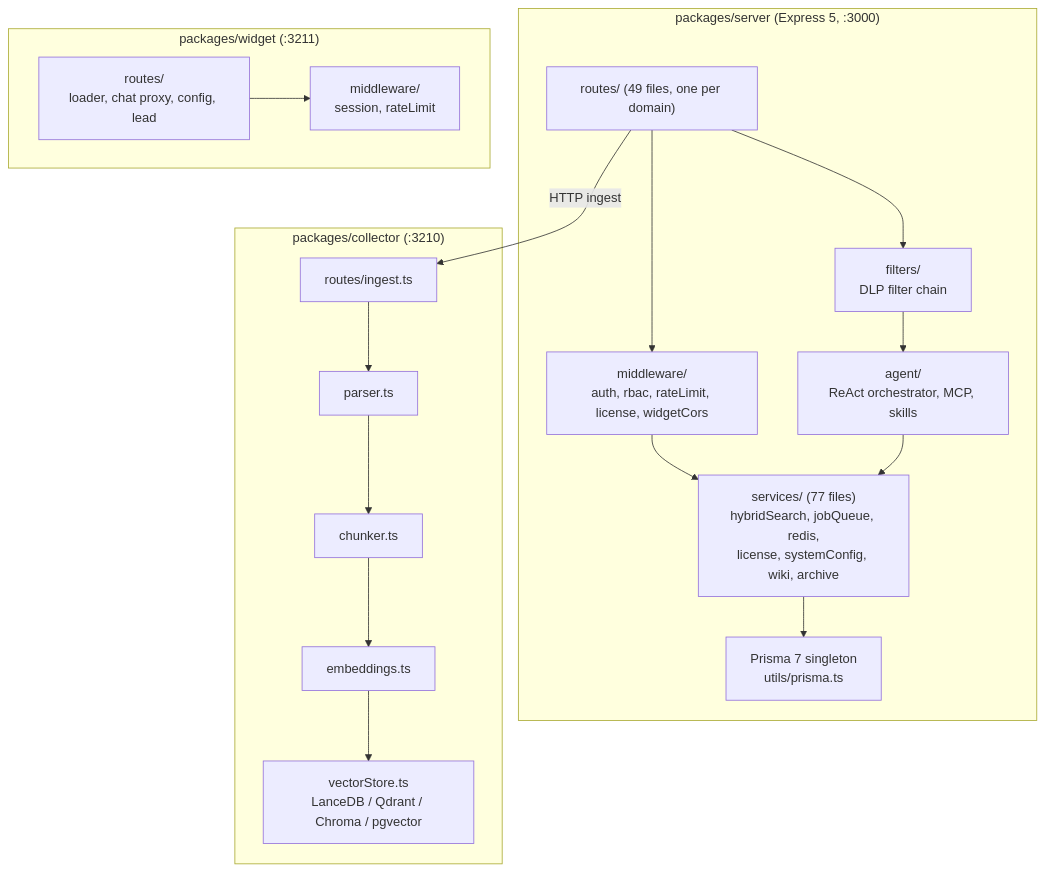
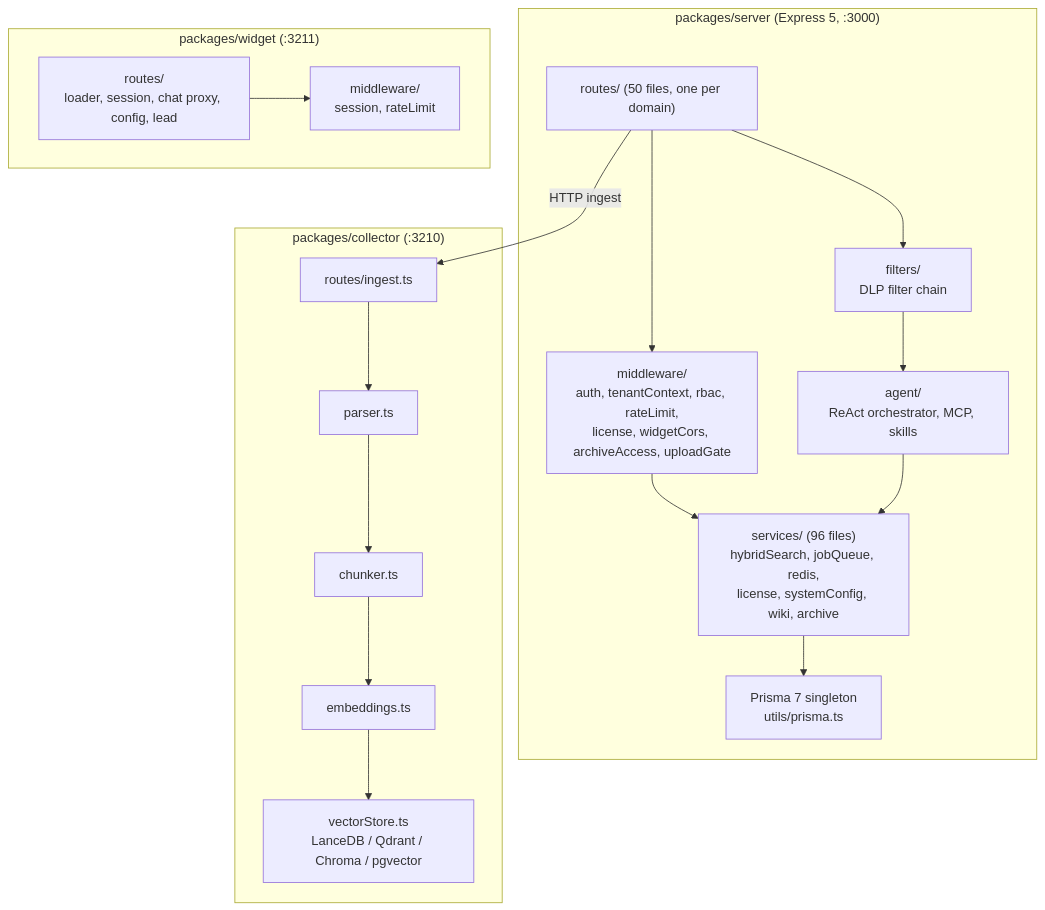
The second of 2 diagrams in docs/ARCHITECTURE.md (studio-simos/simmetric), drawn with Mermaid before and after one commit. The commit also changed other lines of this file and 106 other files, not shown here.

````diff
--- a/docs/ARCHITECTURE.md
+++ b/docs/ARCHITECTURE.md
@@ -90,32 +96,32 @@
 ```mermaid
 graph TD
     subgraph "packages/server (Express 5, :3000)"
-        R["routes/ (49 files, one per domain)"]
-        MW["middleware/<br/>auth, rbac, rateLimit, license, widgetCors"]
+        R["routes/ (50 files, one per domain)"]
+        MW["middleware/<br/>auth, tenantContext, rbac, rateLimit,<br/>license, widgetCors, archiveAccess, uploadGate"]
         FL["filters/<br/>DLP filter chain"]
         AG["agent/<br/>ReAct orchestrator, MCP, skills"]
-        SV["services/ (77 files)<br/>hybridSearch, jobQueue, redis,<br/>license, systemConfig, wiki, archive"]
+        SV["services/ (96 files)<br/>hybridSearch, jobQueue, redis,<br/>license, systemConfig, wiki, archive"]
         PR["Prisma 7 singleton<br/>utils/prisma.ts"]
     end
 
     subgraph "packages/collector (:3210)"
         ING["routes/ingest.ts"]
         PARSER["parser.ts"]
         CHUNK["chunker.ts"]
         EMB["embeddings.ts"]
         VS["vectorStore.ts<br/>LanceDB / Qdrant / Chroma / pgvector"]
     end
 
     subgraph "packages/widget (:3211)"
-        WROUTES["routes/<br/>loader, chat proxy, config, lead"]
+        WROUTES["routes/<br/>loader, session, chat proxy, config, lead"]
         WSEC["middleware/<br/>session, rateLimit"]
     end
 
     R --> MW --> SV
     R --> FL --> AG
     AG --> SV
     SV --> PR
     R -- "HTTP ingest" --> ING
     ING --> PARSER --> CHUNK --> EMB --> VS
     WROUTES --> WSEC
 ```
````
